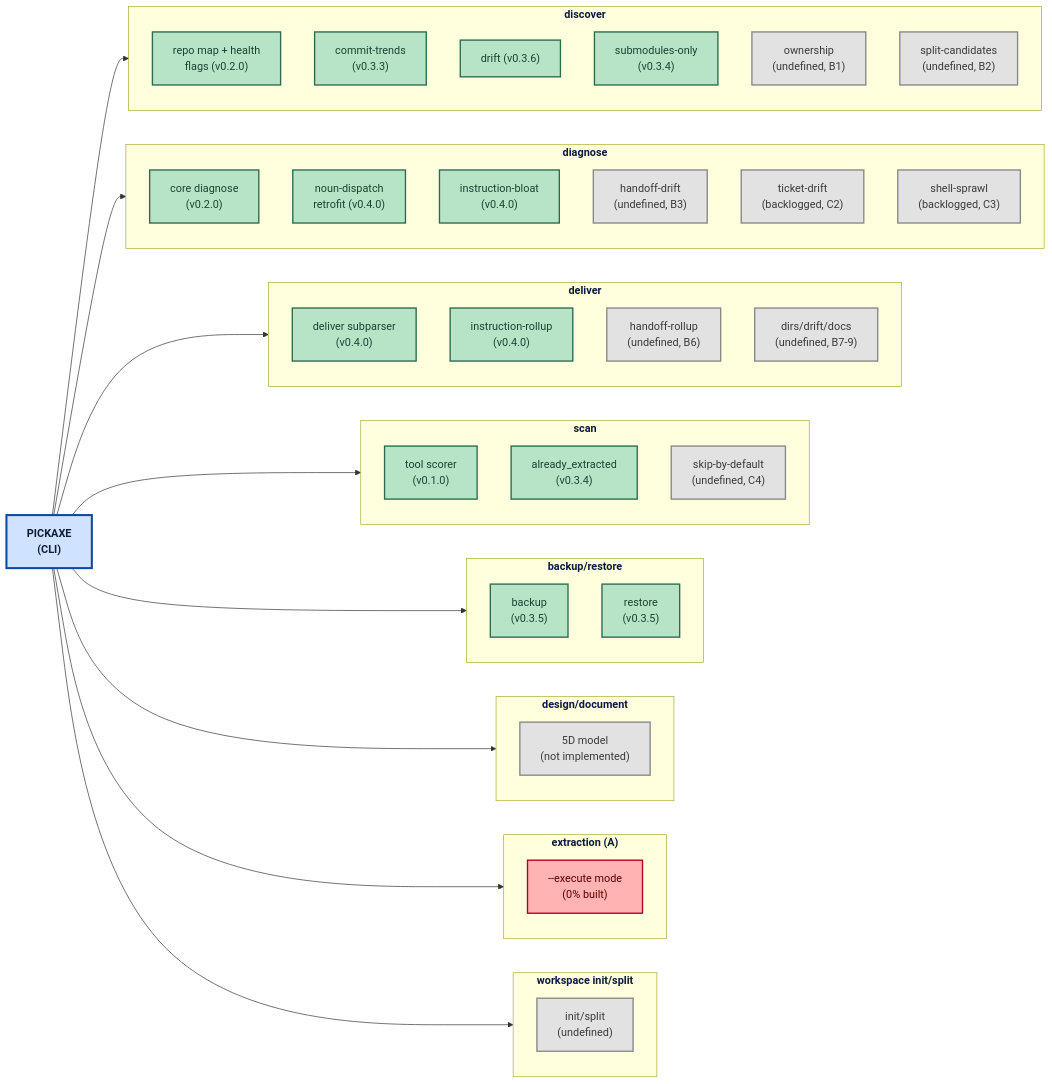
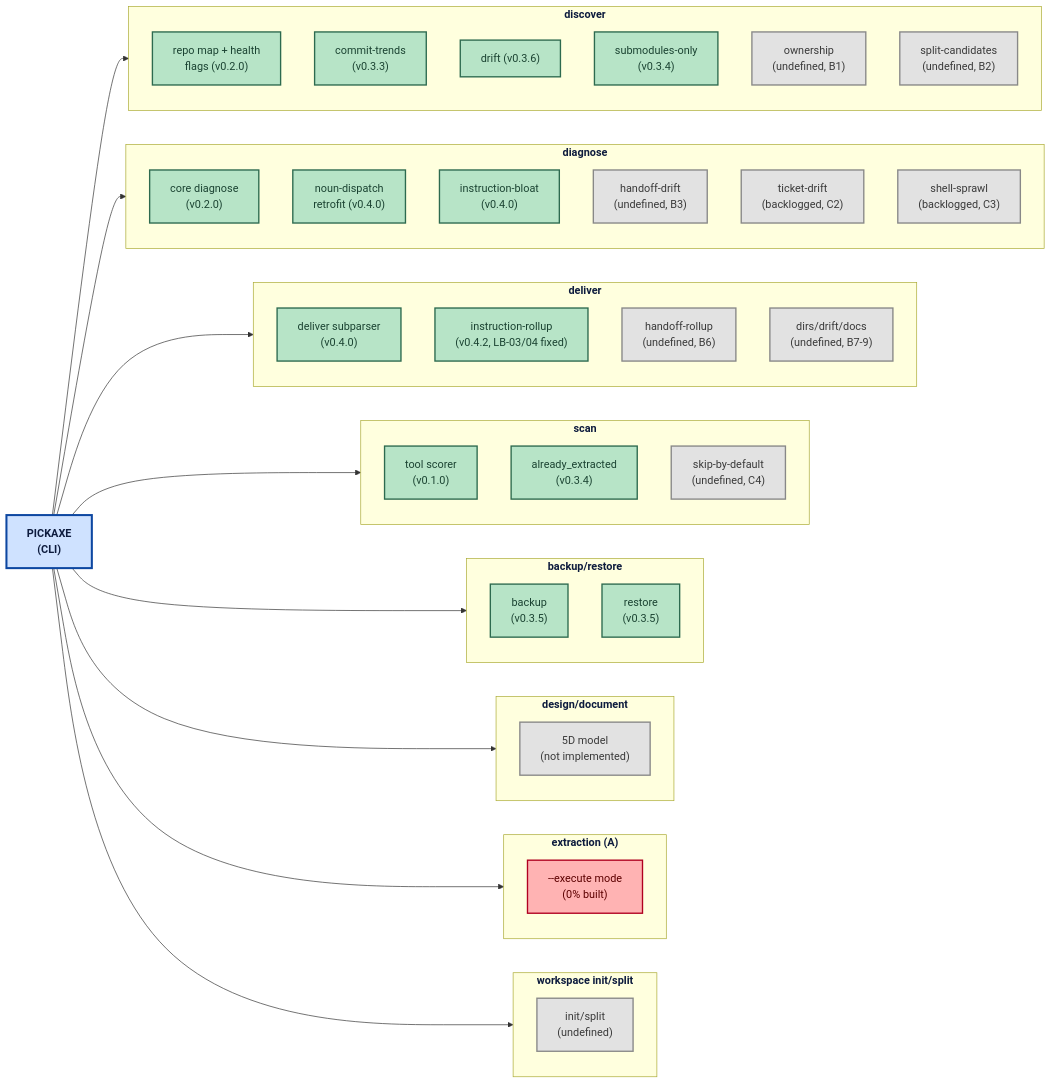
The diagram in .HANDOFF/features-map.md (wwwizards/pickaxe), drawn with Mermaid before and after one commit. The commit also changed other lines of this file and 8 other files, not shown here.

```diff
--- a/.HANDOFF/features-map.md
+++ b/.HANDOFF/features-map.md
@@ -59,7 +61,7 @@
     subgraph DELIVER["<b>deliver"]
     direction TB
         L1["deliver subparser\n(v0.4.0)"]
-        L2["instruction-rollup\n(v0.4.0)"]
+        L2["instruction-rollup\n(v0.4.2, LB-03/04 fixed)"]
         L3["handoff-rollup\n(undefined, B6)"]
         L4["dirs/drift/docs\n(undefined, B7-9)"]
     end
```
